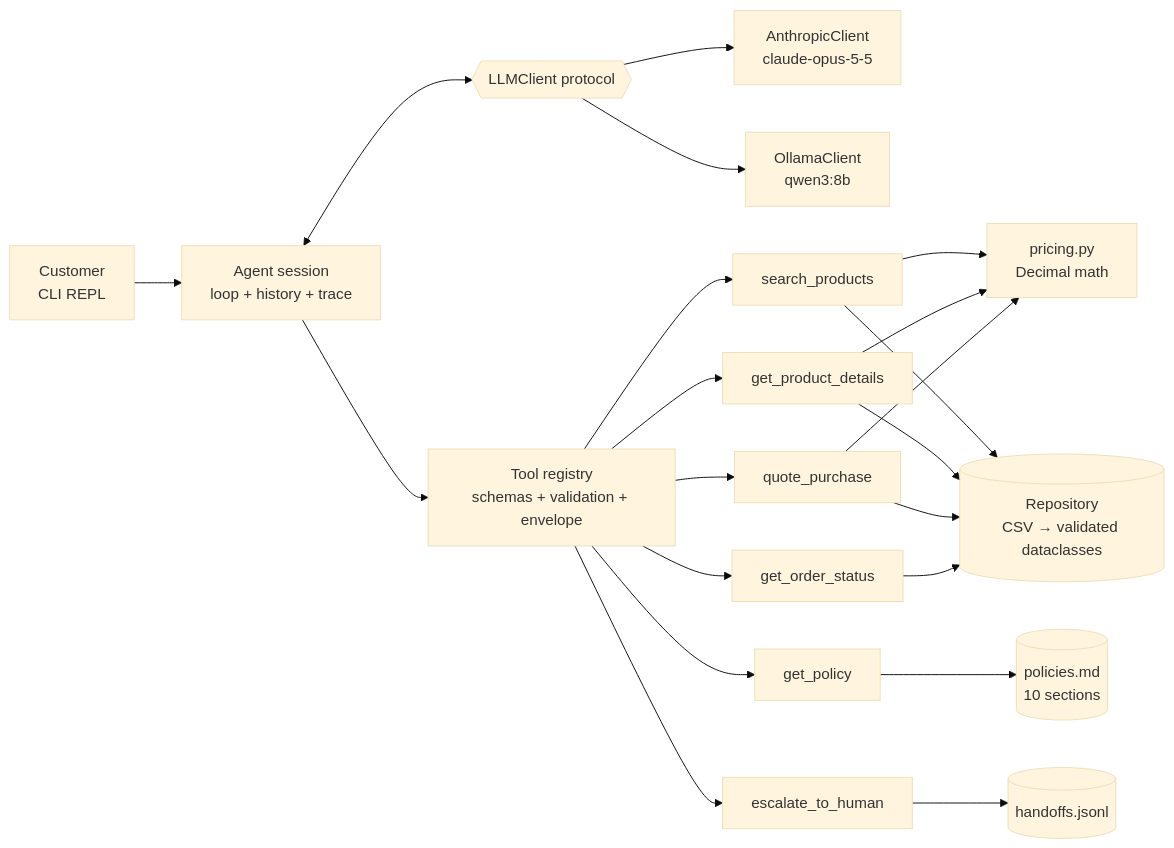
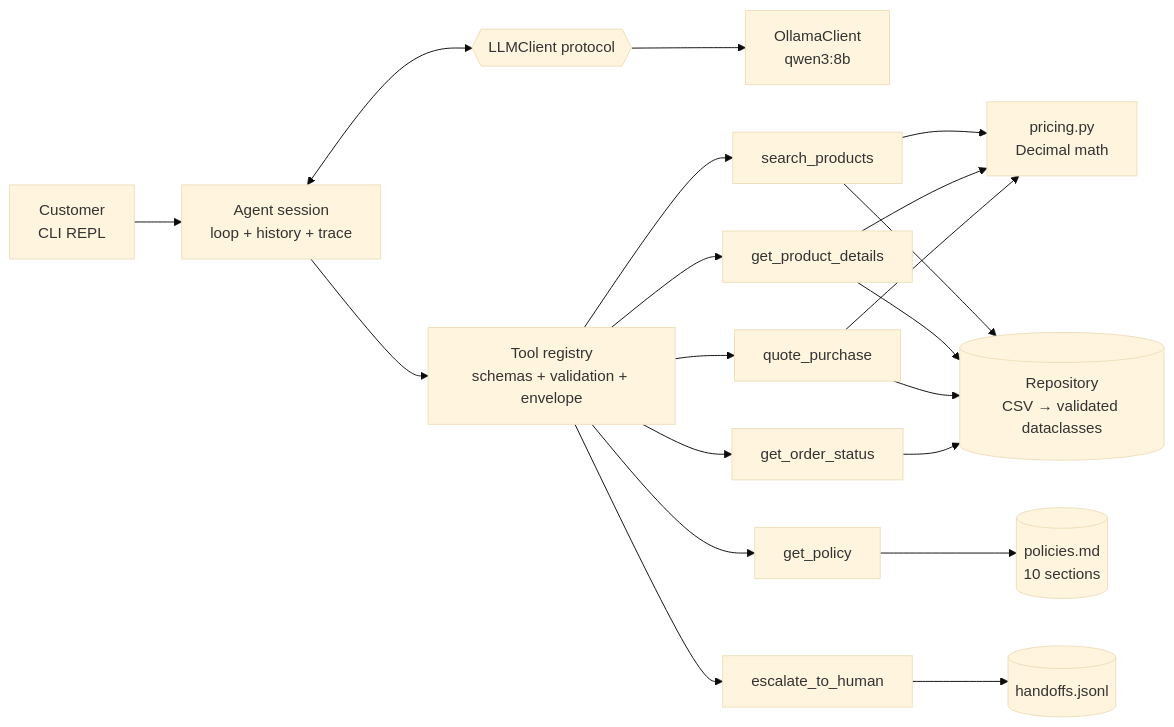
The first of 2 diagrams in docs/DESIGN.md (filetii/music_agent), drawn with Mermaid (base theme) before and after one commit. The commit also changed other lines of this file and 9 other files, not shown here.

````diff
--- a/docs/DESIGN.md
+++ b/docs/DESIGN.md
@@ -113,18 +116,17 @@
 ```mermaid
 flowchart LR
   U[Customer<br/>CLI REPL] --> S[Agent session<br/>loop + history + trace]
   S <--> L{{LLMClient protocol}}
-  L --> AC[AnthropicClient<br/>claude-opus-5-5]
   L --> OC[OllamaClient<br/>qwen3:8b]
   S --> TR[Tool registry<br/>schemas + validation + envelope]
   TR --> T1[search_products]
   TR --> T2[get_product_details]
   TR --> T3[quote_purchase]
   TR --> T4[get_order_status]
   TR --> T5[get_policy]
   TR --> T6[escalate_to_human]
   T1 & T2 & T3 --> PR[pricing.py<br/>Decimal math]
   T1 & T2 & T3 & T4 --> R[(Repository<br/>CSV → validated dataclasses)]
   T5 --> P[(policies.md<br/>10 sections)]
   T6 --> H[(handoffs.jsonl)]
 ```
````
